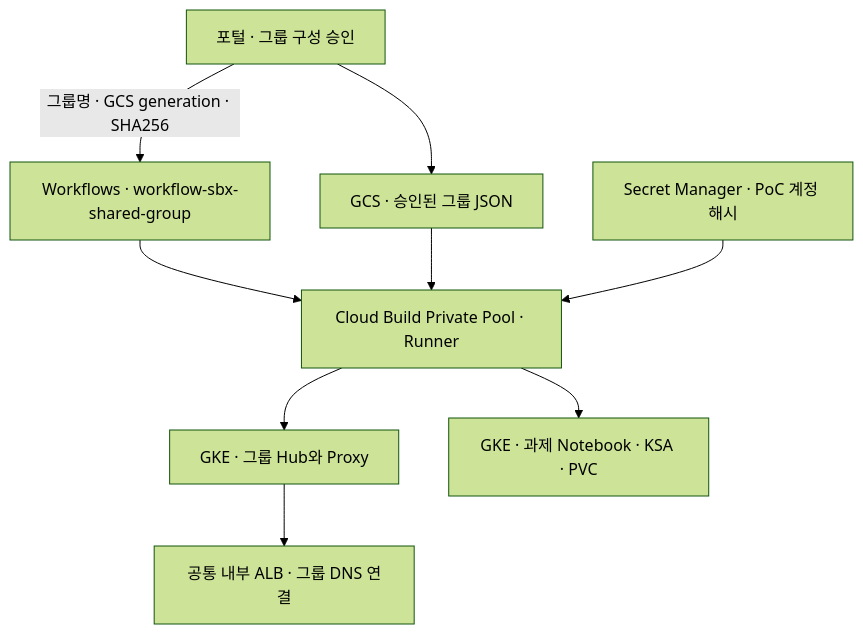
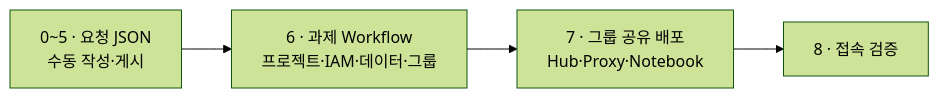
The diagram in 03.sandbox_deploy/README.md (sonmap/https-github.com-sonmap-GCP_SBX_Test02), drawn with Mermaid (forest theme) before and after one commit. The commit also changed other lines of this file and 2 other files, not shown here.

````diff
--- a/03.sandbox_deploy/README.md
+++ b/03.sandbox_deploy/README.md
@@ -542,11 +17,6 @@
 ```mermaid
-flowchart TD
-    P["포털 · 그룹 구성 승인"] --> G["GCS · 승인된 그룹 JSON"]
-    P -->|"그룹명 · GCS generation · SHA256"| W["Workflows · workflow-sbx-shared-group"]
-    W --> B["Cloud Build Private Pool · Runner"]
-    G --> B
-    S["Secret Manager · PoC 계정 해시"] --> B
-    B --> H["GKE · 그룹 Hub와 Proxy"]
-    B --> T["GKE · 과제 Notebook · KSA · PVC"]
-    H --> L["공통 내부 ALB · 그룹 DNS 연결"]
+flowchart LR
+    J["0~5 · 요청 JSON<br/>수동 작성·게시"] --> W["6 · 과제 Workflow<br/>프로젝트·IAM·데이터·그룹"]
+    W --> S["7 · 그룹 공유 배포<br/>Hub·Proxy·Notebook"]
+    S --> V["8 · 접속 검증"]
 ```
````
